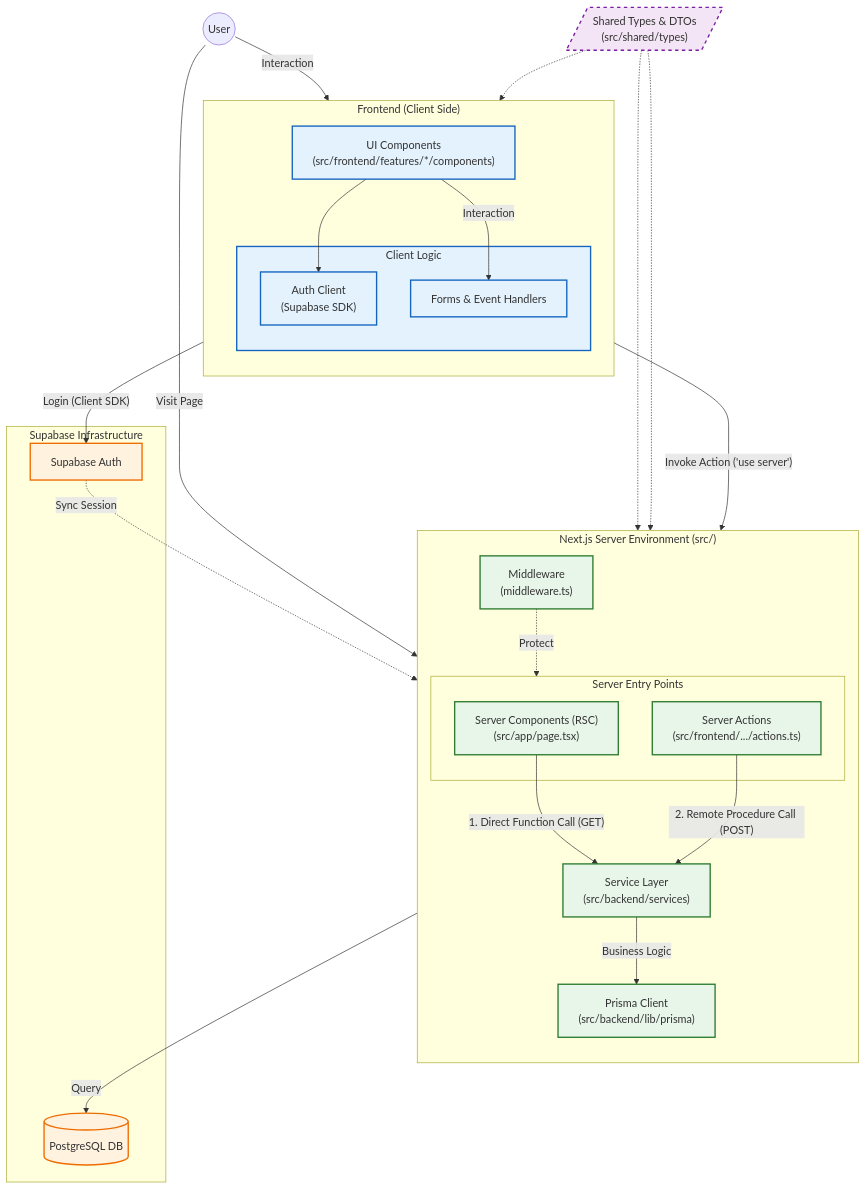
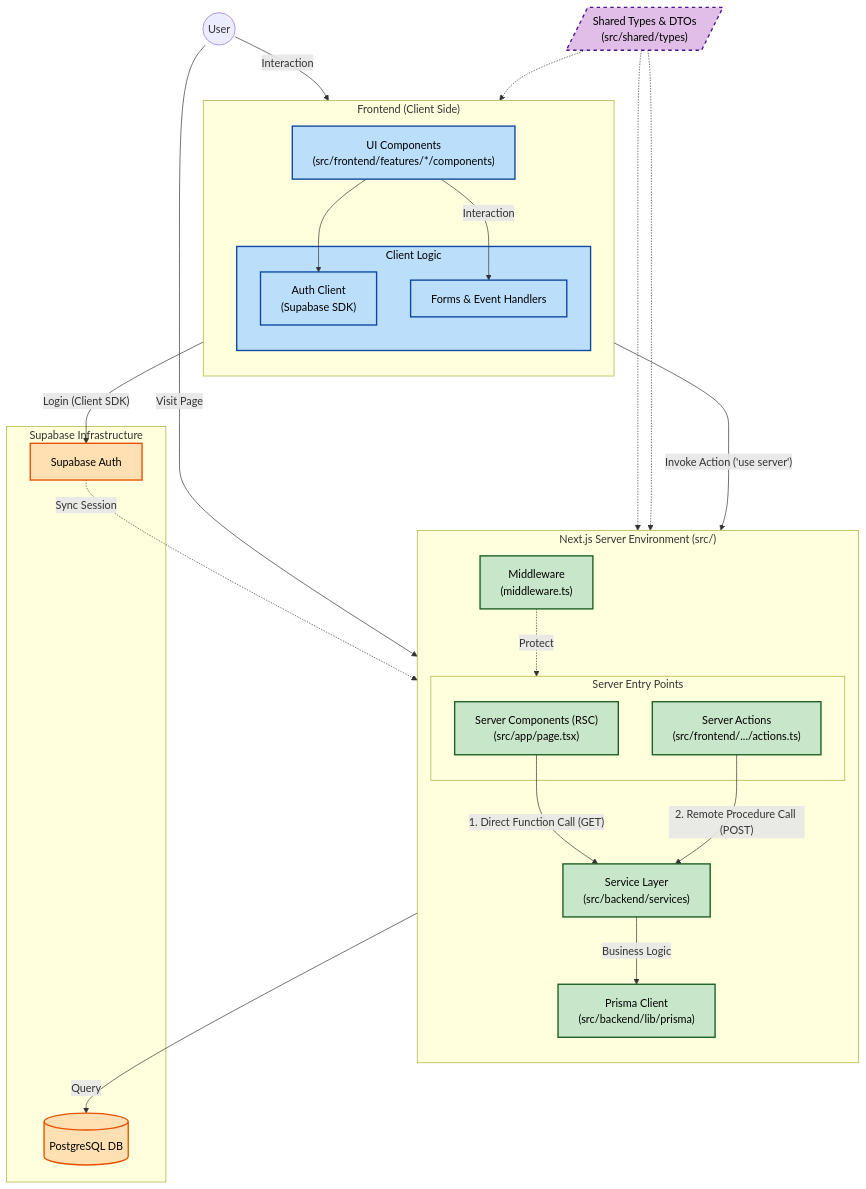
Before and after one commit to nguyen-1610/flowva: the diagram in ARCHITECTURE.md, drawn with Mermaid. The commit also changed 101 other files, not shown here.

````diff
--- a/ARCHITECTURE.md
+++ b/ARCHITECTURE.md
@@ -8,79 +8,79 @@
 ```mermaid
 graph TD
     User((User))
 
     %% --- FRONTEND CONTEXT ---
     subgraph FE ["Frontend (Client Side)"]
         direction TB
         UI["UI Components<br/>(src/frontend/features/*/components)"]
         
         %% Client Logic bây giờ đơn giản hơn, chủ yếu là Form & Event
         subgraph ClientLogic ["Client Logic"]
             AuthHook["Auth Client<br/>(Supabase SDK)"]
             FormHandler["Forms & Event Handlers"]
         end
 
         %% Frontend Internal Flow
         UI -->|"Interaction"| FormHandler
         UI --> AuthHook
     end
 
     %% --- SHARED CONTRACT ---
     Contract[/"Shared Types & DTOs<br/>(src/shared/types)"/]
 
     %% --- BACKEND / SERVER CONTEXT (THE BIG CHANGE) ---
     subgraph Server ["Next.js Server Environment (src/)"]
         direction TB
         
         Middleware["Middleware<br/>(middleware.ts)"]
         
         %% Hai điểm tiếp nhận request chính của Next.js 16
         subgraph EntryPoints ["Server Entry Points"]
             RSC["Server Components (RSC)<br/>(src/app/page.tsx)"]
             S_Action["Server Actions<br/>(src/frontend/.../actions.ts)"]
         end
 
         Service["Service Layer<br/>(src/backend/services)"]
         Repo["Prisma Client<br/>(src/backend/lib/prisma)"]
 
         %% Server Internal Flow
         Middleware -.->|"Protect"| EntryPoints
         RSC -->|"1. Direct Function Call (GET)"| Service
         S_Action -->|"2. Remote Procedure Call (POST)"| Service
         Service -->|"Business Logic"| Repo
     end
 
     %% --- INFRASTRUCTURE ---
     subgraph Infra ["Supabase Infrastructure"]
         SB_Auth["Supabase Auth"]
         SB_DB[("PostgreSQL DB")]
     end
 
     %% --- EXTERNAL CONNECTIONS ---
     User -->|"Visit Page"| RSC
     User -->|"Interaction"| UI
 
     %% 1. AUTH FLOW (Hybrid)
     AuthHook -->|"Login (Client SDK)"| SB_Auth
     SB_Auth -.->|"Sync Session"| Middleware
 
     %% 2. DATA FLOW
     FormHandler -->|"Invoke Action ('use server')"| S_Action
     Repo -->|"Query"| SB_DB
 
     %% TYPE SAFETY LINKS
     Contract -.-> S_Action
     Contract -.-> Service
     Contract -.-> UI
     
     %% STYLING
-    classDef fe fill:#e3f2fd,stroke:#1565c0,stroke-width:2px;
-    classDef server fill:#e8f5e9,stroke:#2e7d32,stroke-width:2px;
-    classDef infra fill:#fff3e0,stroke:#ef6c00,stroke-width:2px;
-    classDef shared fill:#f3e5f5,stroke:#7b1fa2,stroke-width:2px,stroke-dasharray: 5 5;
+    classDef fe fill:#BBDEFB,stroke:#0D47A1,stroke-width:2px,color:#000000;
+    classDef server fill:#C8E6C9,stroke:#1B5E20,stroke-width:2px,color:#000000;
+    classDef infra fill:#FFE0B2,stroke:#E65100,stroke-width:2px,color:#000000;
+    classDef shared fill:#E1BEE7,stroke:#4A148C,stroke-width:2px,stroke-dasharray: 5 5,color:#000000;
 
     class UI,ClientLogic,AuthHook,FormHandler fe;
     class Middleware,RSC,S_Action,Service,Repo server;
     class SB_Auth,SB_DB infra;
     class Contract shared;
 ```
````
